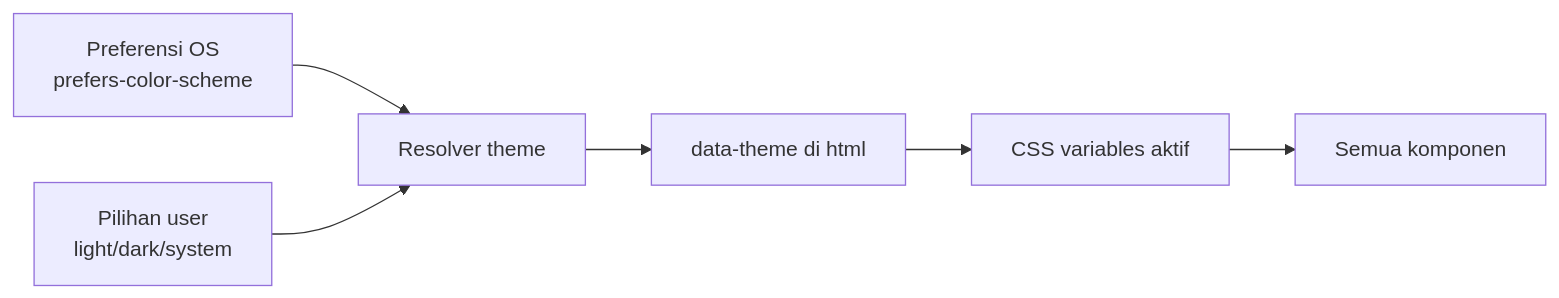
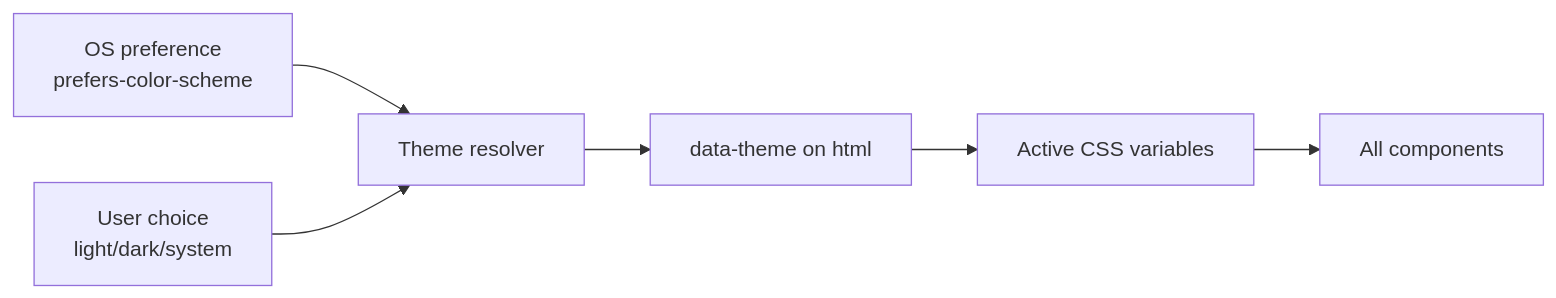
The first of 4 diagrams in docs/awcms/14_ui_ux_design_system.md (ahliweb/awcms), drawn with Mermaid before and after one commit. The commit also changed other lines of this file and 603 other files, not shown here.

````diff
--- a/docs/awcms/14_ui_ux_design_system.md
+++ b/docs/awcms/14_ui_ux_design_system.md
@@ -64,8 +66,8 @@
 ```mermaid
 flowchart LR
-  Sys[Preferensi OS<br/>prefers-color-scheme] --> Resolve
-  Pref[Pilihan user<br/>light/dark/system] --> Resolve[Resolver theme]
-  Resolve --> Attr[data-theme di html]
-  Attr --> Tokens[CSS variables aktif]
-  Tokens --> UI[Semua komponen]
+  Sys[OS preference<br/>prefers-color-scheme] --> Resolve
+  Pref[User choice<br/>light/dark/system] --> Resolve[Theme resolver]
+  Resolve --> Attr[data-theme on html]
+  Attr --> Tokens[Active CSS variables]
+  Tokens --> UI[All components]
 ```
````
